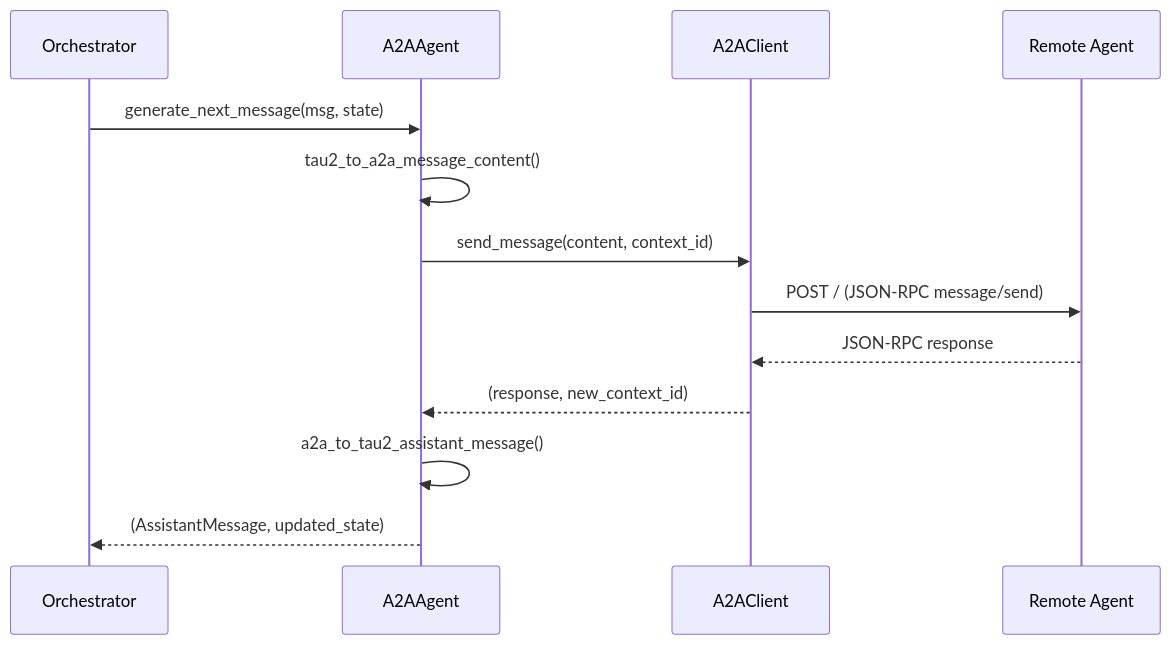
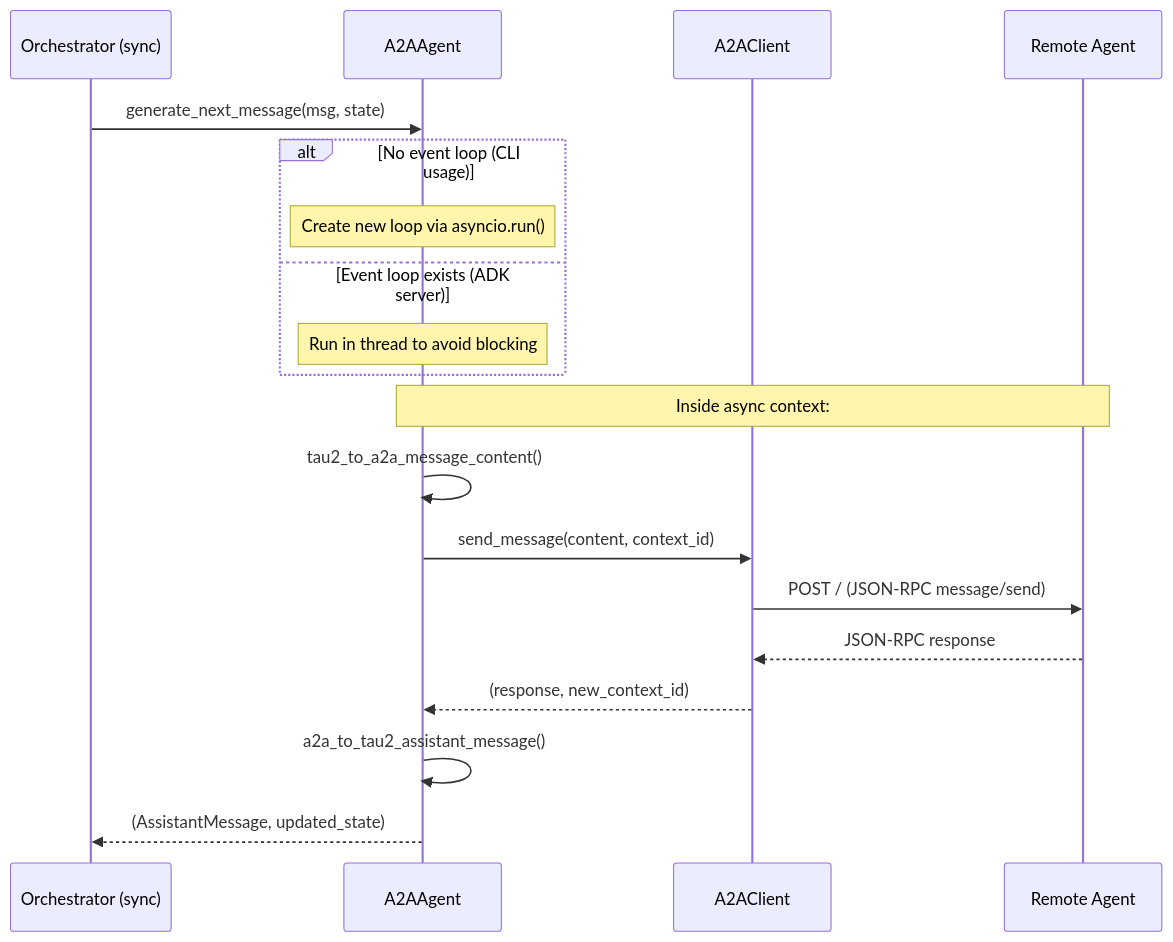
The second of 4 diagrams in specs/001-a2a-integration/quickstart.md (wuTims/tau2-bench-agent), drawn with Mermaid before and after one commit. The commit also changed other lines of this file, not shown here.

Commit message:
docs: consolidate sequence diagrams in quickstart

````diff
--- a/specs/001-a2a-integration/quickstart.md
+++ b/specs/001-a2a-integration/quickstart.md
@@ -157,16 +163,25 @@
 ```mermaid
 sequenceDiagram
-    participant Orch as Orchestrator
+    participant Orch as Orchestrator (sync)
     participant A2A as A2AAgent
     participant Client as A2AClient
     participant Remote as Remote Agent
 
     Orch->>A2A: generate_next_message(msg, state)
+
+    alt No event loop (CLI usage)
+        Note over A2A: Create new loop via asyncio.run()
+    else Event loop exists (ADK server)
+        Note over A2A: Run in thread to avoid blocking
+    end
+
+    Note over A2A,Remote: Inside async context:
     A2A->>A2A: tau2_to_a2a_message_content()
     A2A->>Client: send_message(content, context_id)
     Client->>Remote: POST / (JSON-RPC message/send)
     Remote-->>Client: JSON-RPC response
     Client-->>A2A: (response, new_context_id)
     A2A->>A2A: a2a_to_tau2_assistant_message()
+
     A2A-->>Orch: (AssistantMessage, updated_state)
 ```
````
